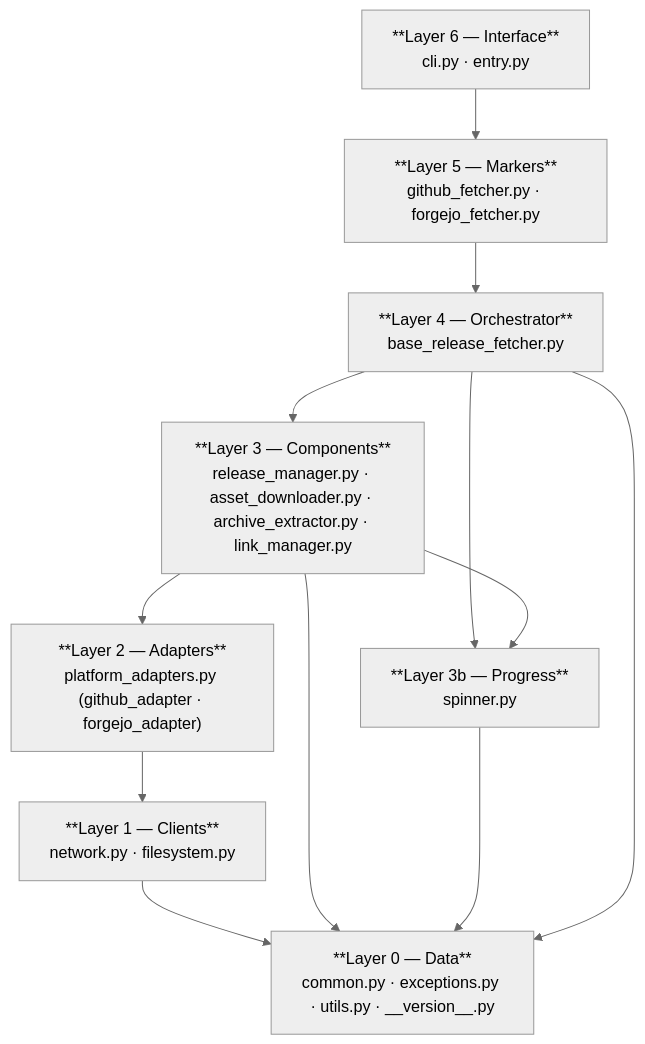
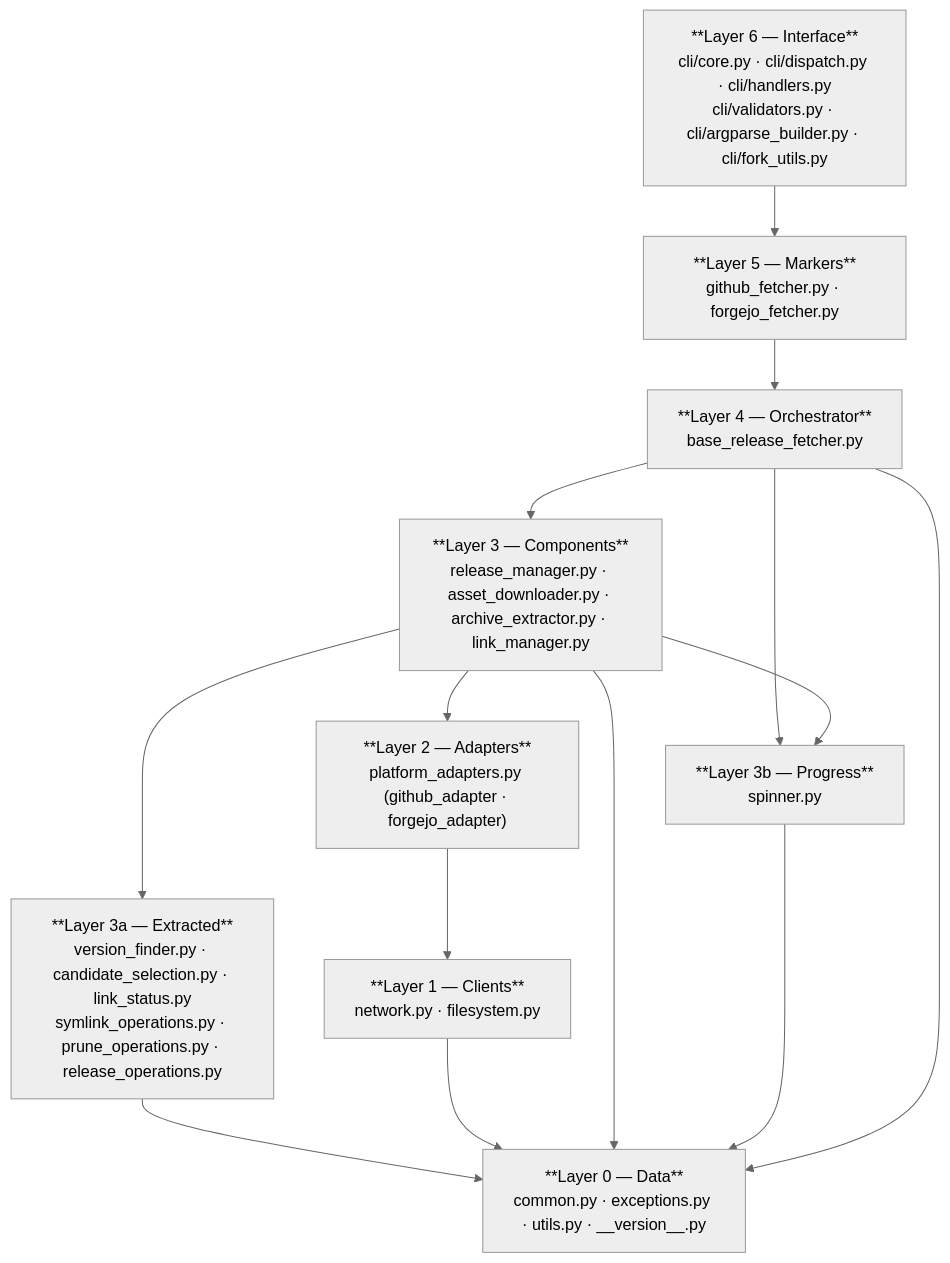
The second of 11 diagrams in DESIGN.md (WombatFromHell/protonge-fetcher), drawn with Mermaid (neutral theme) before and after one commit. The commit also changed other lines of this file and 1 other file, not shown here.

````diff
--- a/DESIGN.md
+++ b/DESIGN.md
@@ -94,32 +105,36 @@
 ```mermaid
 graph TD
-    L6["**Layer 6 — Interface**<br/>cli.py · entry.py"]
+    L6["**Layer 6 — Interface**<br/>cli/core.py · cli/dispatch.py · cli/handlers.py<br/>cli/validators.py · cli/argparse_builder.py · cli/fork_utils.py"]
     L5["**Layer 5 — Markers**<br/>github_fetcher.py · forgejo_fetcher.py"]
     L4["**Layer 4 — Orchestrator**<br/>base_release_fetcher.py"]
     L3["**Layer 3 — Components**<br/>release_manager.py · asset_downloader.py · archive_extractor.py · link_manager.py"]
+    L3a["**Layer 3a — Extracted**<br/>version_finder.py · candidate_selection.py · link_status.py<br/>symlink_operations.py · prune_operations.py · release_operations.py"]
     L3b["**Layer 3b — Progress**<br/>spinner.py"]
     L2["**Layer 2 — Adapters**<br/>platform_adapters.py (github_adapter · forgejo_adapter)"]
     L1["**Layer 1 — Clients**<br/>network.py · filesystem.py"]
     L0["**Layer 0 — Data**<br/>common.py · exceptions.py · utils.py · __version__.py"]
 
     L6 --> L5
     L5 --> L4
     L4 --> L3
     L4 --> L3b
+    L3 --> L3a
     L3 --> L2
     L3 --> L3b
+    L3a --> L0
     L2 --> L1
     L1 --> L0
     L3 --> L0
     L3b --> L0
     L4 --> L0
 
     class L0 fill:#e8f5e9,stroke:#4caf50
     class L1 fill:#e3f2fd,stroke:#2196f3
     class L2 fill:#fff3e0,stroke:#ff9800
     class L3 fill:#f3e5f5,stroke:#9c27b0
+    class L3a fill:#e1f5fe,stroke:#00bcd4
     class L3b fill:#e1f5fe,stroke:#00bcd4
     class L4 fill:#fce4ec,stroke:#e91e63
     class L5 fill:#fff9c4,stroke:#fdd835
     class L6 fill:#e0f7fa,stroke:#00bcd4
 ```
````
